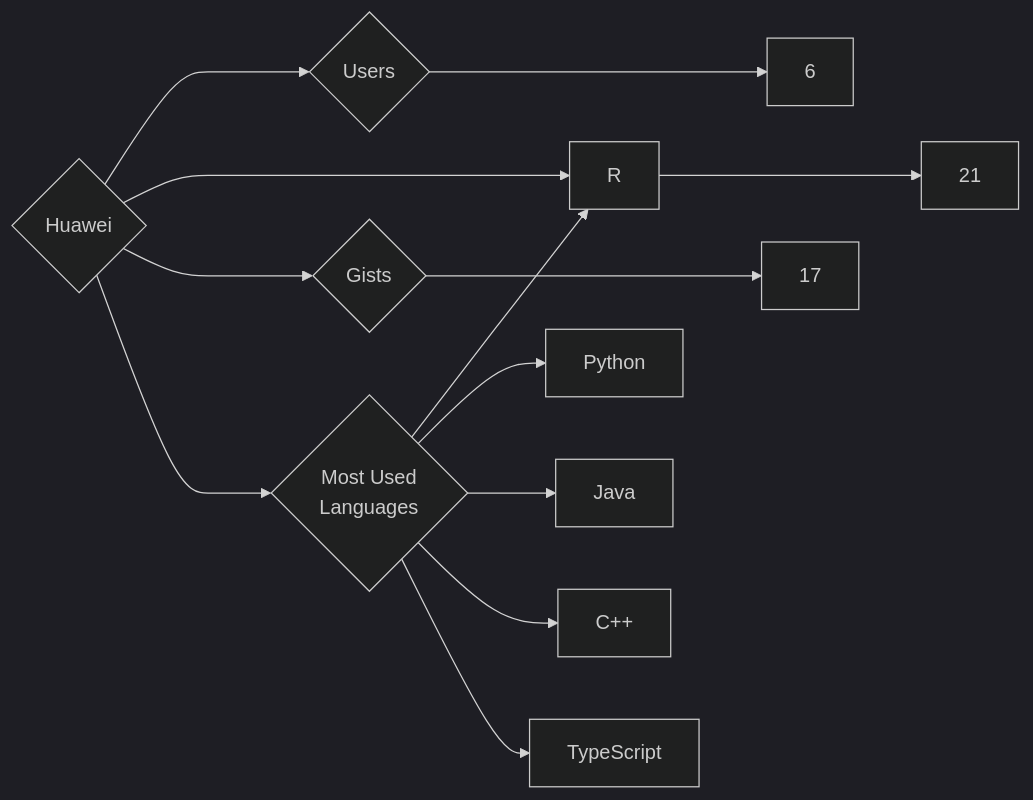
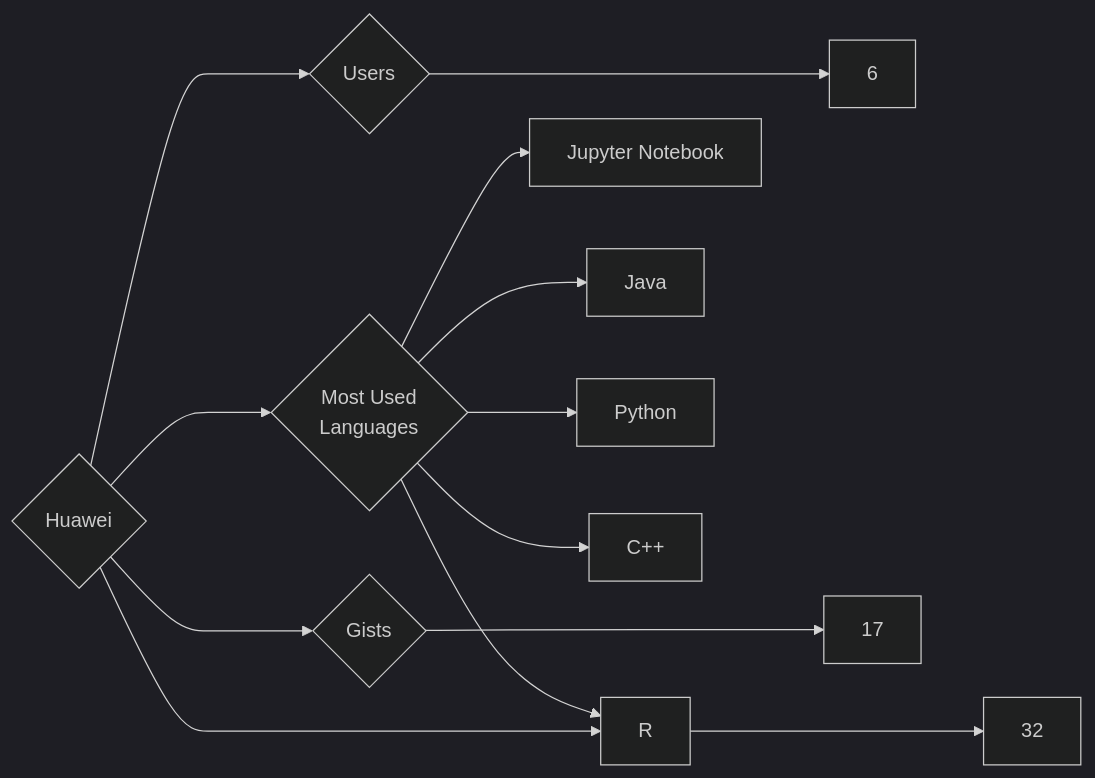
Before and after one commit to trickest/insiders: the diagram in targets/Huawei/README.md, drawn with Mermaid (dark theme). The commit also changed 912 other files, not shown here.

````diff
--- a/targets/Huawei/README.md
+++ b/targets/Huawei/README.md
@@ -3,13 +3,13 @@
 ```mermaid
 graph LR
 COMPANY_NAME{Huawei}
 COMPANY_NAME ---> U{Users} ---> UN[6]
-COMPANY_NAME ---> R{Repositories} ---> RN[21]
+COMPANY_NAME ---> R{Repositories} ---> RN[32]
 COMPANY_NAME ---> G{Gists} ---> GN[17]
 COMPANY_NAME ---> ML{Most Used<br>Languages}
+ML --> Jupyter_Notebook[Jupyter Notebook]
+ML --> Java[Java]
 ML --> R[R]
 ML --> Python[Python]
-ML --> Java[Java]
 ML --> C++[C++]
-ML --> TypeScript[TypeScript]
 ```
````
